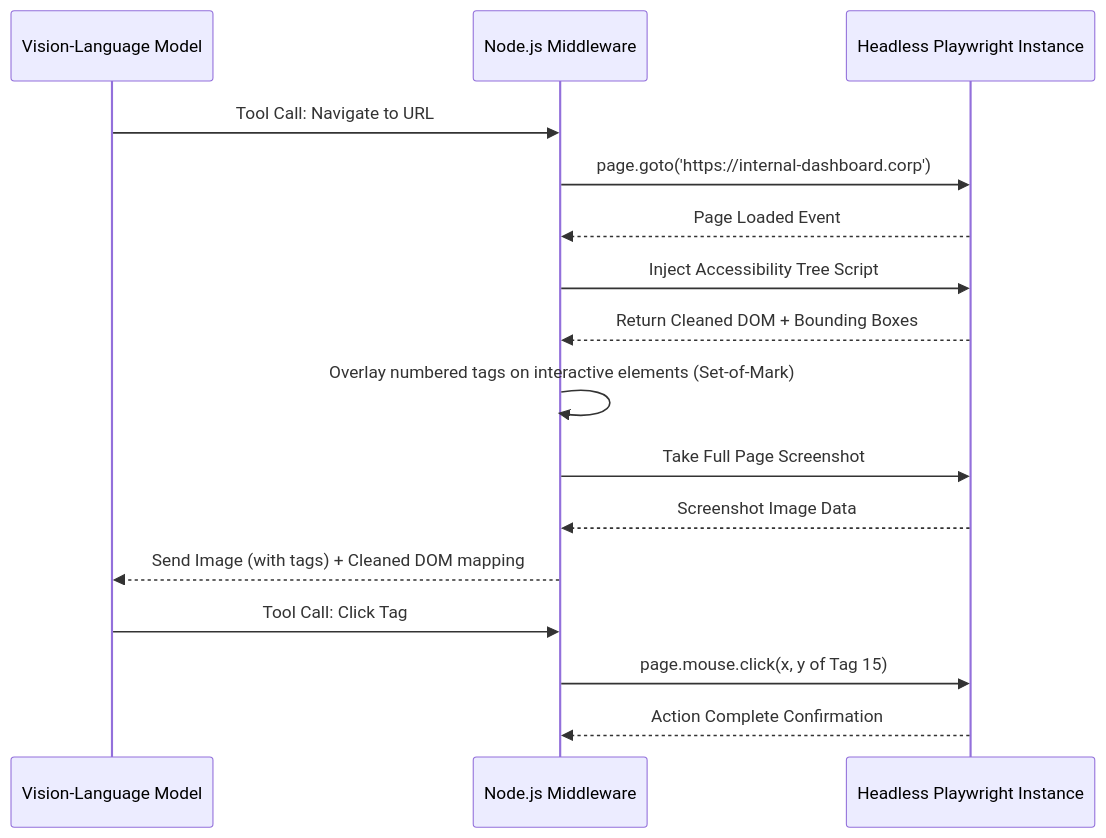
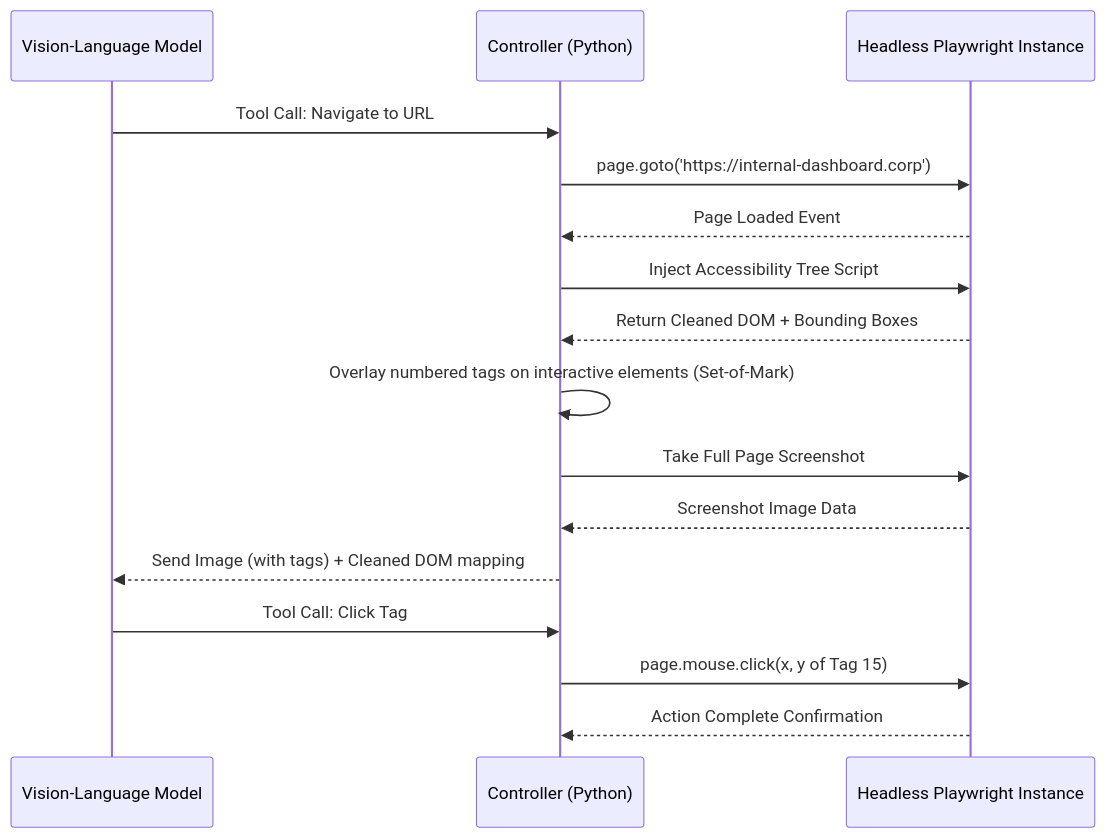
The second of 2 diagrams in src/content/docs/ai-ml-engineering/frameworks-agents/module-1.9-computer-use-agents.md (kube-dojo/kube-dojo), drawn with Mermaid before and after one commit. The commit also changed other lines of this file and 1 other file, not shown here.

````diff
--- a/src/content/docs/ai-ml-engineering/frameworks-agents/module-1.9-computer-use-agents.md
+++ b/src/content/docs/ai-ml-engineering/frameworks-agents/module-1.9-computer-use-agents.md
@@ -180,19 +183,19 @@
 ```mermaid
 sequenceDiagram
     participant Agent as Vision-Language Model
-    participant Middleware as Node.js Middleware
+    participant Middleware as Controller (Python)
     participant Browser as Headless Playwright Instance
 
     Agent->>Middleware: Tool Call: Navigate to URL
     Middleware->>Browser: page.goto('https://internal-dashboard.corp')
     Browser-->>Middleware: Page Loaded Event
     Middleware->>Browser: Inject Accessibility Tree Script
     Browser-->>Middleware: Return Cleaned DOM + Bounding Boxes
     Middleware->>Middleware: Overlay numbered tags on interactive elements (Set-of-Mark)
     Middleware->>Browser: Take Full Page Screenshot
     Browser-->>Middleware: Screenshot Image Data
     Middleware-->>Agent: Send Image (with tags) + Cleaned DOM mapping
     Agent->>Middleware: Tool Call: Click Tag #15
     Middleware->>Browser: page.mouse.click(x, y of Tag 15)
     Browser-->>Middleware: Action Complete Confirmation
 ```
````
